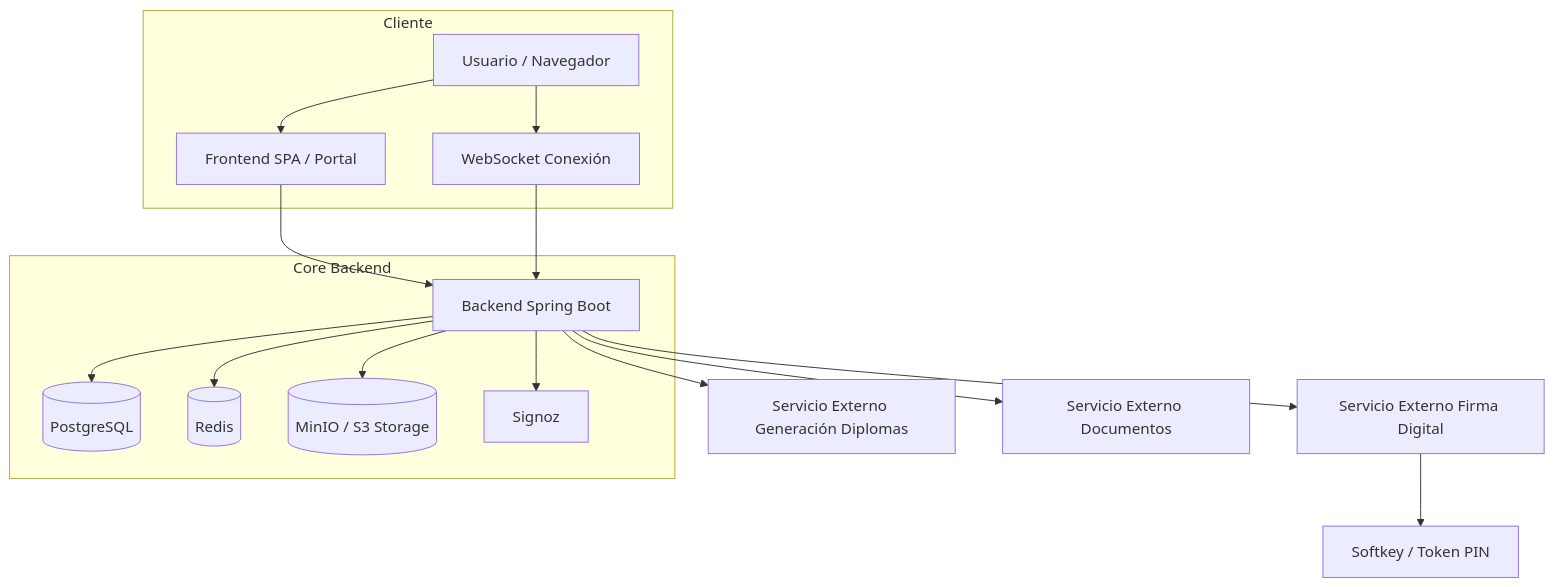
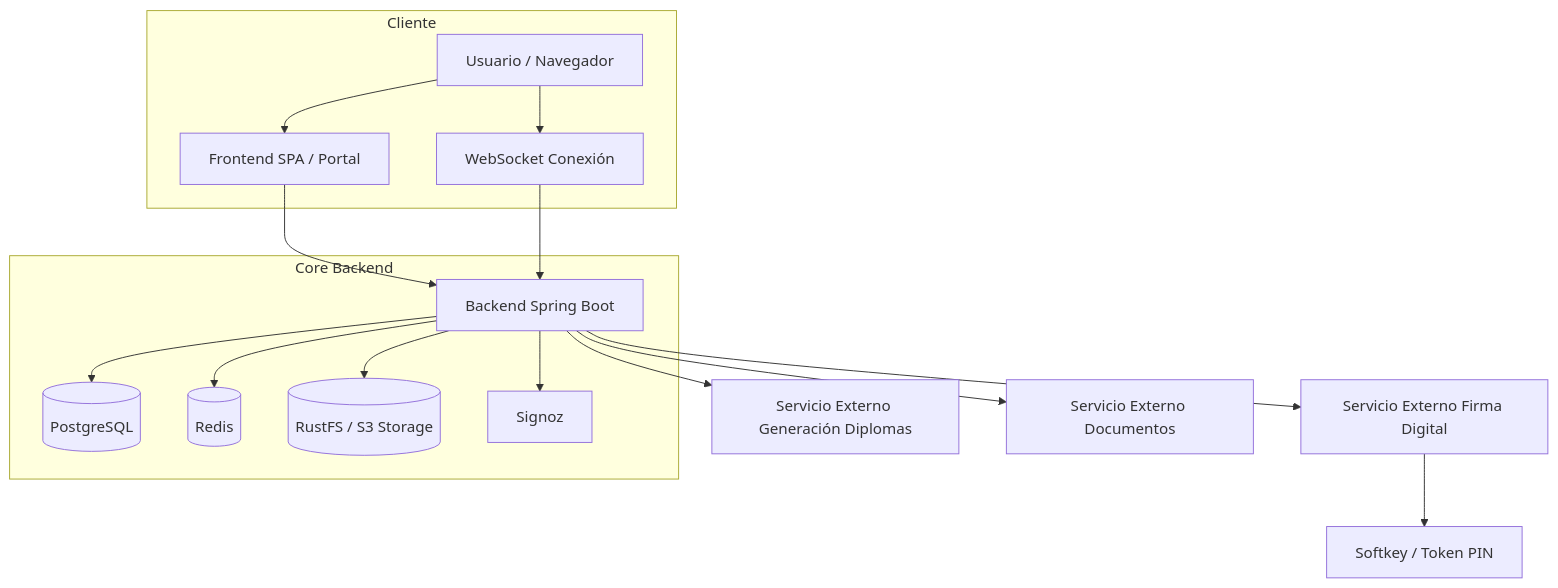
Before and after one commit to ruchva/ruben-chiara-portfolio-blog: the fourth of 4 diagrams in public/case-studies/diplomas.md, drawn with Mermaid. The commit also changed other lines of this file, not shown here.

````diff
--- a/public/case-studies/diplomas.md
+++ b/public/case-studies/diplomas.md
@@ -388,21 +205,21 @@
 ```mermaid
 graph TD
   subgraph Cliente
     A[Usuario / Navegador] --> WS[WebSocket Conexión]
     A --> FE[Frontend SPA / Portal]
   end
   FE --> API[Backend Spring Boot]
   WS --> API
 
   subgraph Core Backend
     API --> PG[(PostgreSQL)]
     API --> REDIS[(Redis)]
-    API --> MINIO[(MinIO / S3 Storage)]
+    API --> STORAGE[(RustFS / S3 Storage)]
     API --> Signoz
   end
 
   API --> WORKER[Servicio Externo Generación Diplomas]
   API --> FIRMA[Servicio Externo Firma Digital]
   API --> DOCS[Servicio Externo Documentos]
   FIRMA --> HSM[Softkey / Token PIN]
 ```
````
